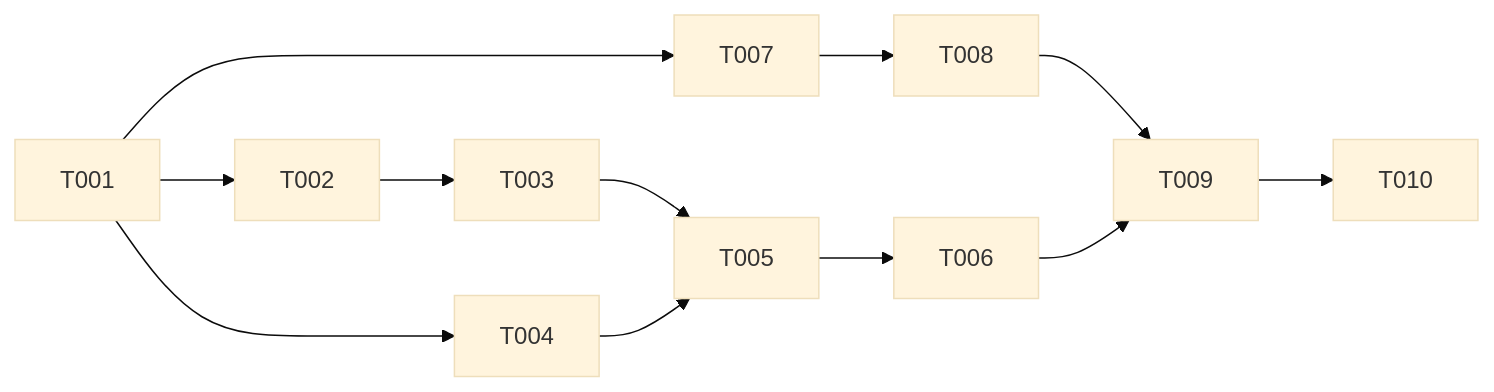
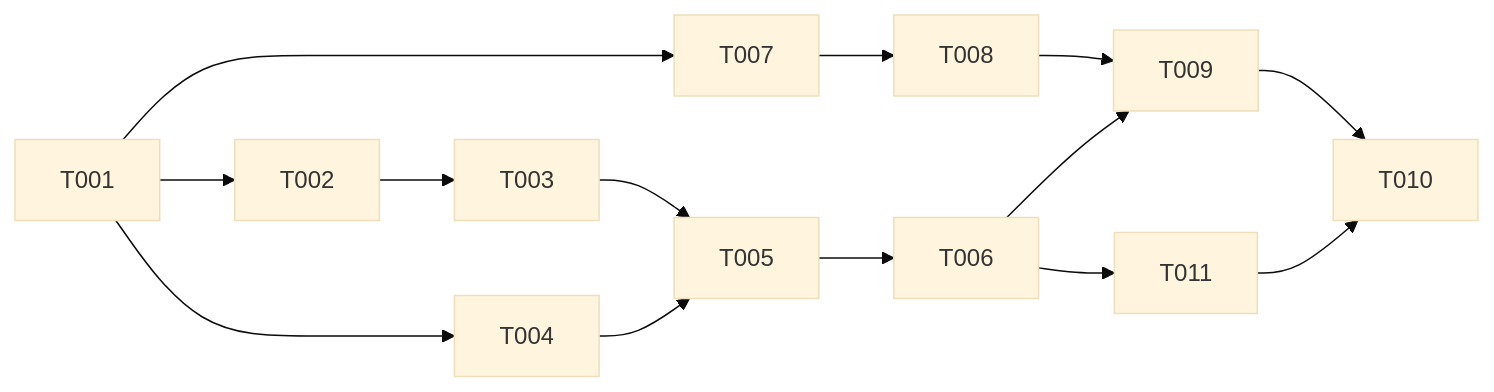
The fourth of 4 diagrams in docs/requirements/features/desktop/dev-specs/US-DSK-005-grafo-de-carriles.md (rbonillajr/gitRaptor), drawn with Mermaid (base theme) before and after one commit. The commit also changed other lines of this file and 2 other files, not shown here.

Commit message:
docs(desktop): apply the security and architecture review to DS-US-DSK-005, 007 and 008

````diff
--- a/docs/requirements/features/desktop/dev-specs/US-DSK-005-grafo-de-carriles.md
+++ b/docs/requirements/features/desktop/dev-specs/US-DSK-005-grafo-de-carriles.md
@@ -257,14 +259,16 @@
 ```mermaid
 graph LR
     T001 --> T002
     T001 --> T004
     T001 --> T007
     T002 --> T003
     T003 --> T005
     T004 --> T005
     T005 --> T006
     T007 --> T008
     T008 --> T009
     T006 --> T009
     T009 --> T010
+    T006 --> T011
+    T011 --> T010
 ```
````
